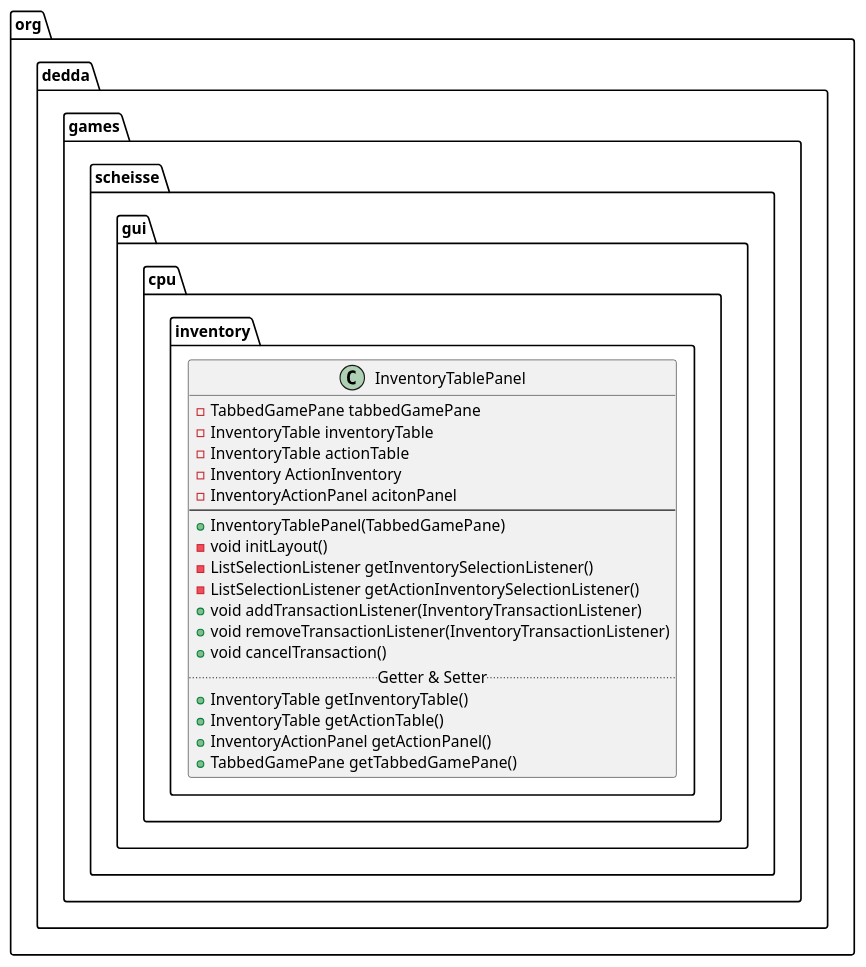
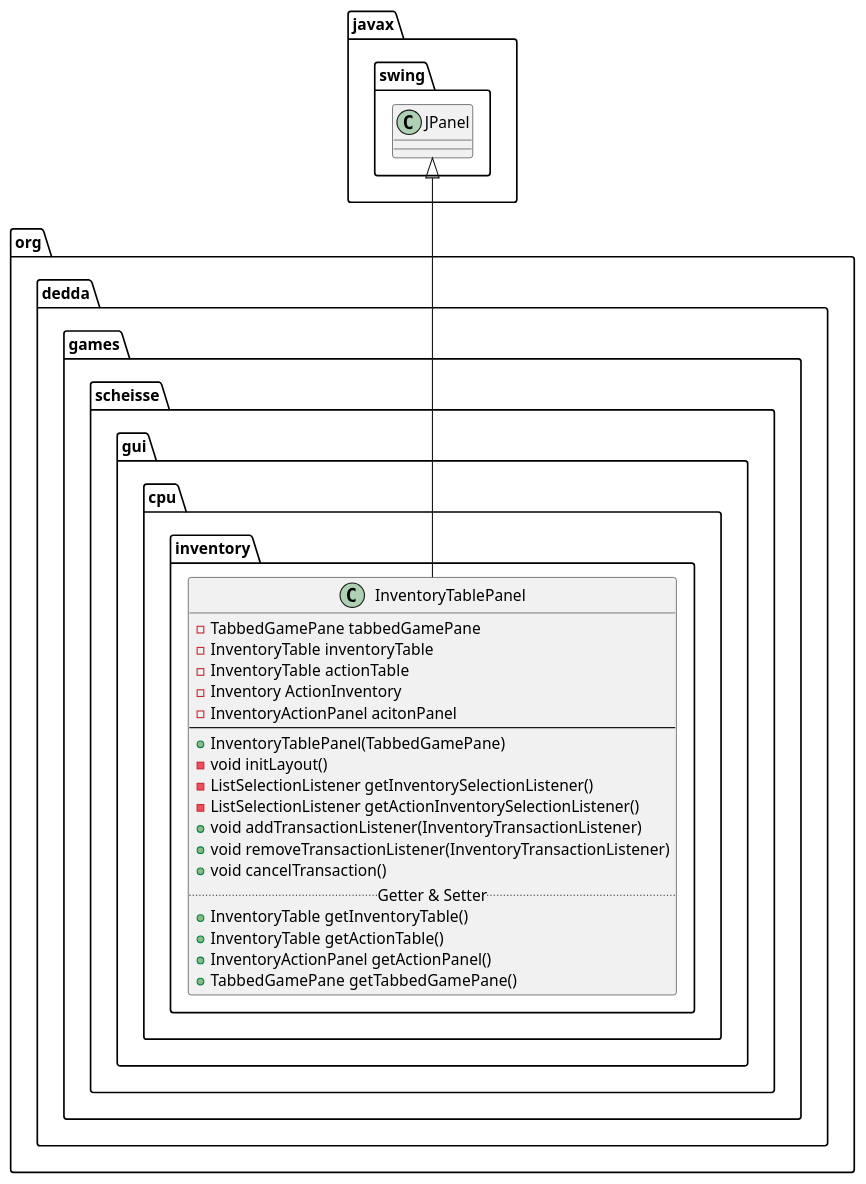
One commit to gitter-badger/scheisse changed the diagram in uml/classes/org.dedda.games.scheisse.gui.cpu.inventory.InventoryTablePanel.puml. Above: the diagram before and after it, drawn with PlantUML. The commit also changed 29 other files, not shown here.

Commit message:
extended puml class diagram even more

```diff
--- a/uml/classes/org.dedda.games.scheisse.gui.cpu.inventory.InventoryTablePanel.puml
+++ b/uml/classes/org.dedda.games.scheisse.gui.cpu.inventory.InventoryTablePanel.puml
@@ -1,22 +1,26 @@
 @startuml
+class javax.swing.JPanel
+
 class org.dedda.games.scheisse.gui.cpu.inventory.InventoryTablePanel{
     - TabbedGamePane tabbedGamePane
     - InventoryTable inventoryTable
     - InventoryTable actionTable
     - Inventory ActionInventory
     - InventoryActionPanel acitonPanel
     --
     + InventoryTablePanel(TabbedGamePane)
     - void initLayout()
     - ListSelectionListener getInventorySelectionListener()
     - ListSelectionListener getActionInventorySelectionListener()
     + void addTransactionListener(InventoryTransactionListener)
     + void removeTransactionListener(InventoryTransactionListener)
     + void cancelTransaction()
     .. Getter & Setter ..
     + InventoryTable getInventoryTable()
     + InventoryTable getActionTable()
     + InventoryActionPanel getActionPanel()
     + TabbedGamePane getTabbedGamePane()
 }
+
+javax.swing.JPanel <|-- org.dedda.games.scheisse.gui.cpu.inventory.InventoryTablePanel
 @enduml
```
